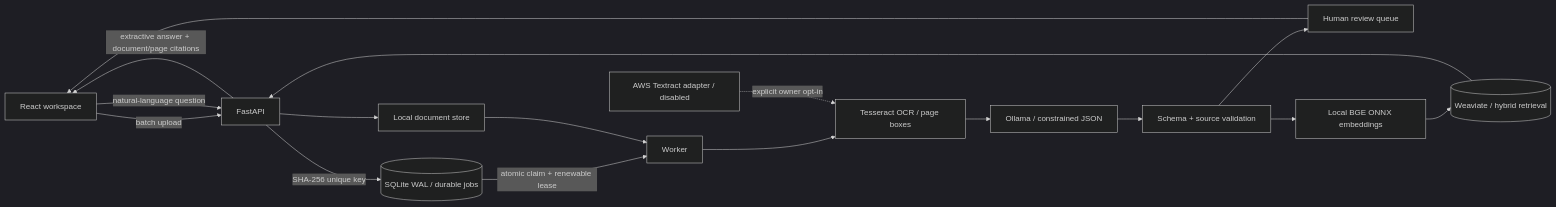
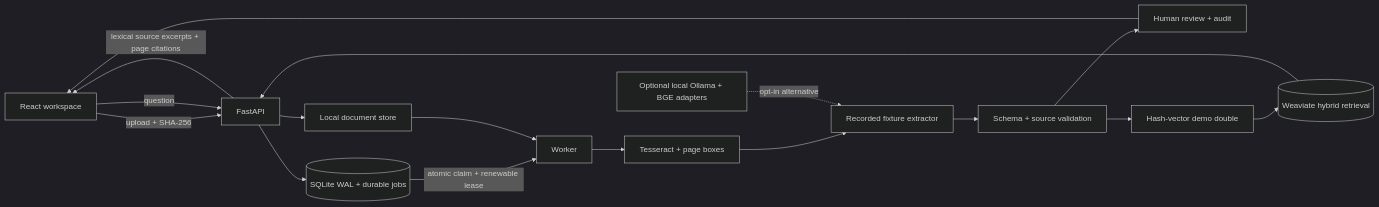
Before and after one commit to IgorFedchenko/document-evidence-pipeline: the diagram in README.md, drawn with Mermaid (dark theme). The commit also changed other lines of this file and 31 other files, not shown here.

First line of the commit message:
[skip ci] Ship a reproducible recorded demo and public engineering guide

````diff
--- a/README.md
+++ b/README.md
@@ -53,19 +59,19 @@
 ```mermaid
 flowchart LR
-  U[React workspace] -->|batch upload| A[FastAPI]
-  A -->|SHA-256 unique key| D[(SQLite WAL / durable jobs)]
-  A --> F[Local document store]
-  D -->|atomic claim + renewable lease| W[Worker]
-  F --> W
-  W --> O[Tesseract OCR / page boxes]
-  O --> L[Ollama / constrained JSON]
-  L --> V[Schema + source validation]
-  V --> R[Human review queue]
-  V --> E[Local BGE ONNX embeddings]
-  E --> I[(Weaviate / hybrid retrieval)]
-  U -->|natural-language question| A
-  I --> A
-  A -->|extractive answer + document/page citations| U
-  R --> U
-  T[AWS Textract adapter / disabled] -. explicit owner opt-in .-> O
+  UI[React workspace] -->|upload + SHA-256| API[FastAPI]
+  API --> DB[(SQLite WAL + durable jobs)]
+  API --> Files[Local document store]
+  DB -->|atomic claim + renewable lease| Worker[Worker]
+  Files --> Worker
+  Worker --> OCR[Tesseract + page boxes]
+  OCR --> Extract[Recorded fixture extractor]
+  Extract --> Validate[Schema + source validation]
+  Validate --> Review[Human review + audit]
+  Validate --> Hash[Hash-vector demo double]
+  Hash --> Index[(Weaviate hybrid retrieval)]
+  UI -->|question| API
+  Index --> API
+  API -->|lexical source excerpts + page citations| UI
+  Review --> UI
+  Local[Optional local Ollama + BGE adapters] -. opt-in alternative .-> Extract
 ```
````
